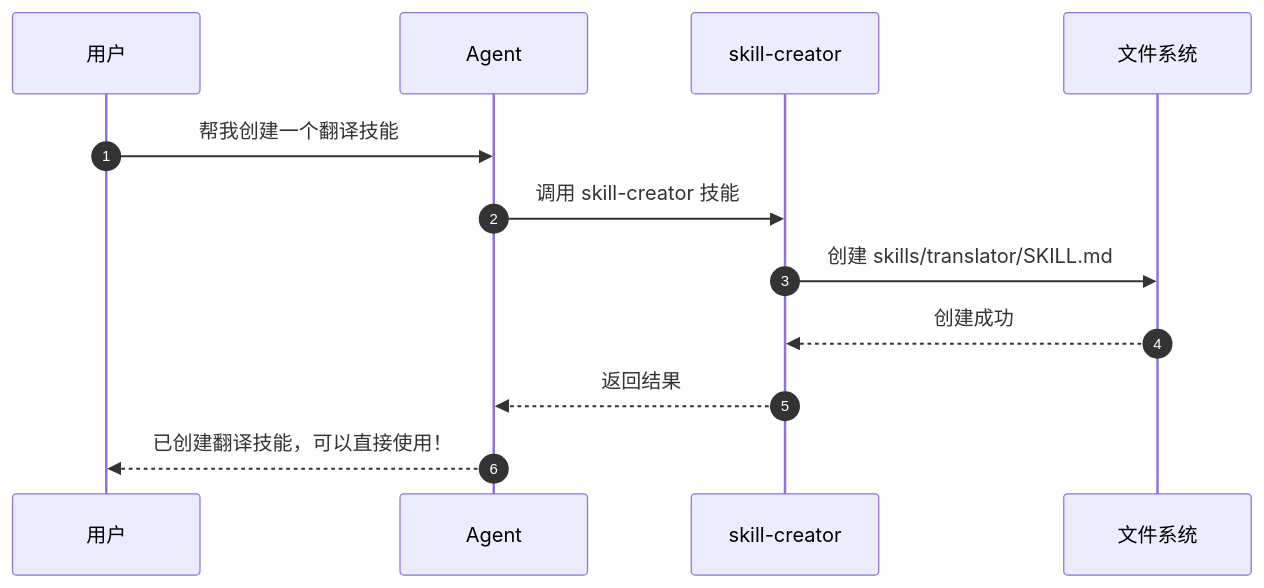
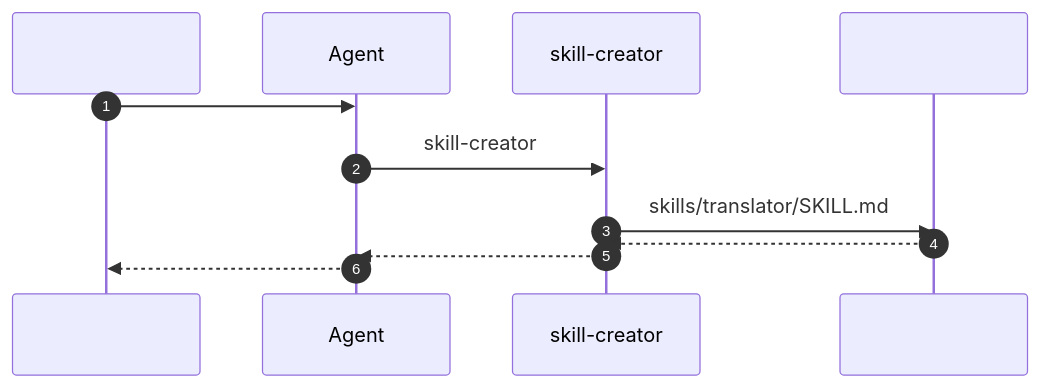
The second of 4 diagrams in docs/zh-CN/guide/extension.md (xt765/FinchBot), drawn with Mermaid before and after one commit. The commit also changed other lines of this file and 17 other files, not shown here.

````diff
--- a/docs/zh-CN/guide/extension.md
+++ b/docs/zh-CN/guide/extension.md
@@ -139,15 +139,15 @@
 ```mermaid
 sequenceDiagram
     autonumber
-    participant U as 用户
+    participant U as 
     participant A as Agent
     participant S as skill-creator
-    participant F as 文件系统
+    participant F as 
 
-    U->>A: 帮我创建一个翻译技能
-    A->>S: 调用 skill-creator 技能
-    S->>F: 创建 skills/translator/SKILL.md
-    F-->>S: 创建成功
-    S-->>A: 返回结果
-    A-->>U: 已创建翻译技能，可以直接使用！
+    U->>A: 
+    A->>S:  skill-creator 
+    S->>F:  skills/translator/SKILL.md
+    F-->>S: 
+    S-->>A: 
+    A-->>U: 
 ```
````
